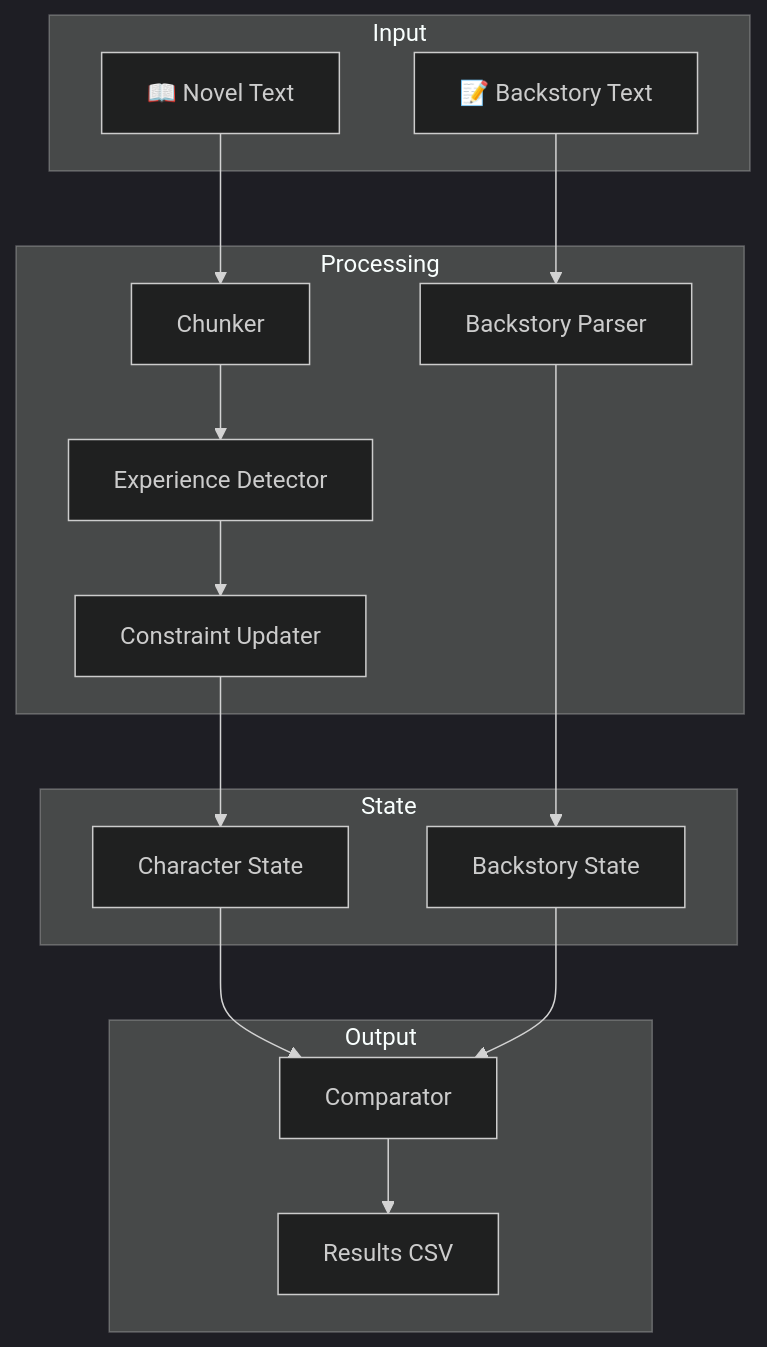
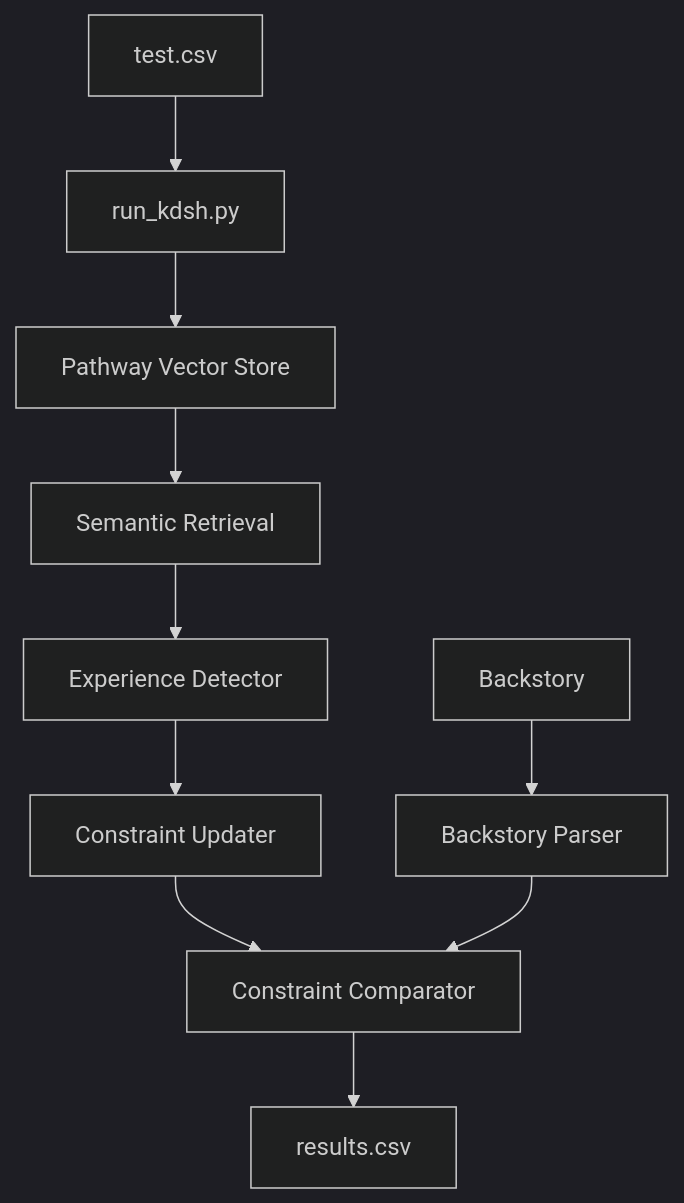
One commit to Naveeeya/KDS_Hackathon changed the diagram in project/README.md. Above: the diagram before and after it, drawn with Mermaid (dark theme). The commit also changed other lines of this file and 3 other files, not shown here.

First line of the commit message:
Implement hackathon improvements: Pathway vector store + accuracy tuning

````diff
--- a/project/README.md
+++ b/project/README.md
@@ -52,26 +18,12 @@
 ```mermaid
-flowchart TB
-    subgraph Input
-        N[📖 Novel Text]
-        B[📝 Backstory Text]
-    end
-    
-    subgraph Processing
-        C[Chunker] --> E[Experience Detector]
-        E --> U[Constraint Updater]
-        P[Backstory Parser]
-    end
-    
-    subgraph State
-        CS[Character State]
-        BS[Backstory State]
-    end
-    
-    subgraph Output
-        CMP[Comparator] --> R[Results CSV]
-    end
-    
-    N --> C
-    U --> CS --> CMP
-    B --> P --> BS --> CMP
+flowchart TD
+    A[test.csv] --> B[run_kdsh.py]
+    B --> C[Pathway Vector Store]
+    C --> D[Semantic Retrieval]
+    D --> E[Experience Detector]
+    E --> F[Constraint Updater]
+    G[Backstory] --> H[Backstory Parser]
+    F --> I[Constraint Comparator]
+    H --> I
+    I --> J[results.csv]
 ```
````
